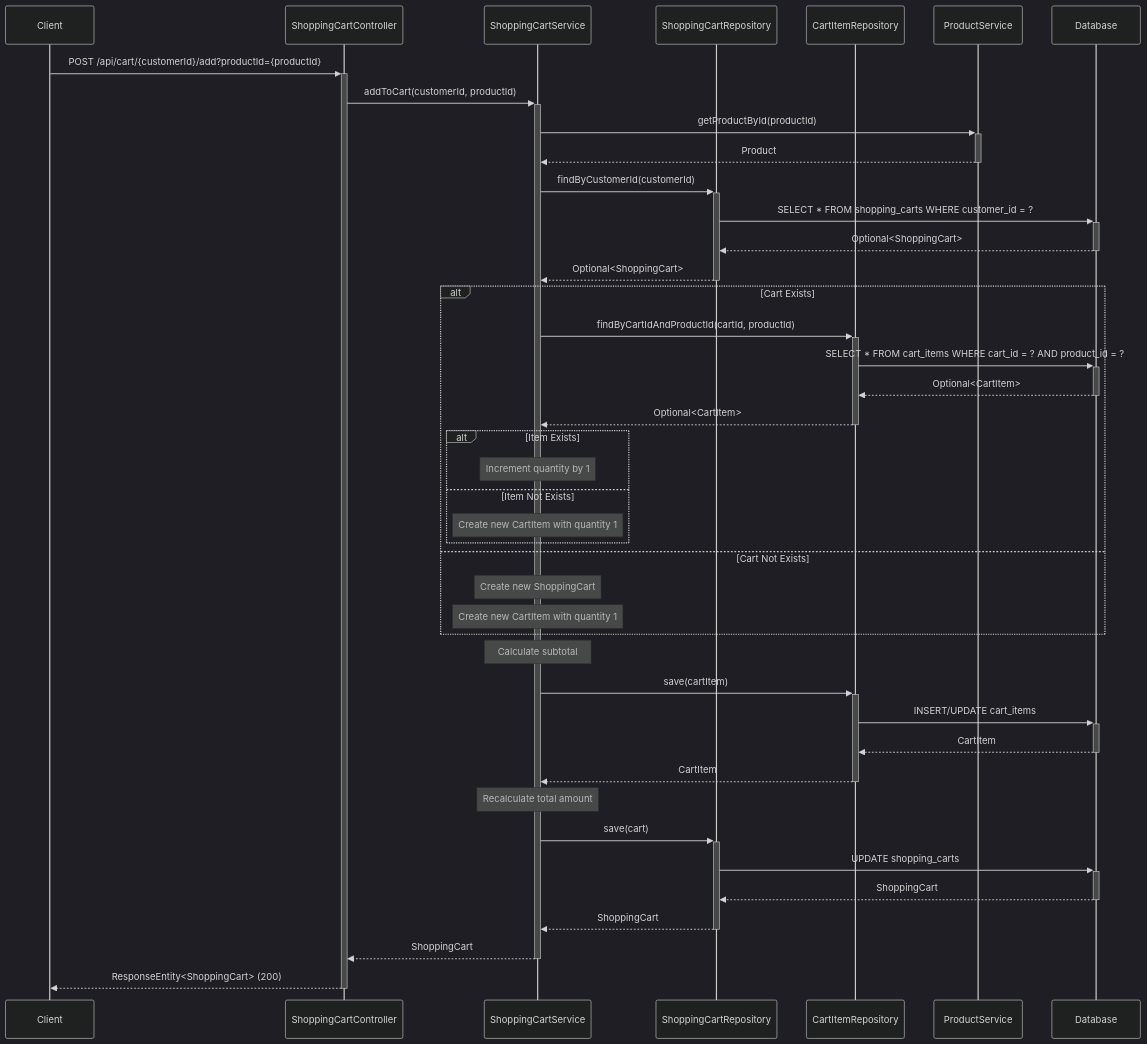
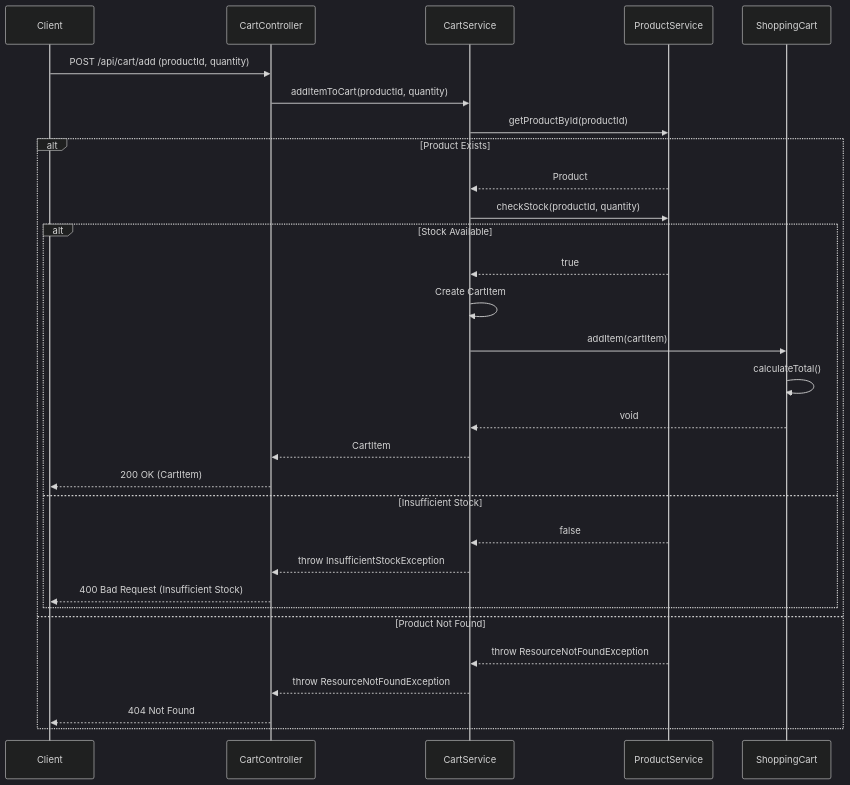
One commit to NavneetBN47/aava-ecom-demo changed the tenth of 13 diagrams in docs/LLD/lld.md. Above: the diagram before and after it, drawn with Mermaid (dark theme). The commit also changed other lines of this file, not shown here.

````diff
--- a/docs/LLD/lld.md
+++ b/docs/LLD/lld.md
@@ -386,52 +391,35 @@
 ```mermaid
 sequenceDiagram
     participant Client
-    participant ShoppingCartController
-    participant ShoppingCartService
-    participant ShoppingCartRepository
-    participant CartItemRepository
+    participant CartController
+    participant CartService
     participant ProductService
-    participant Database
+    participant ShoppingCart
+
+    Client->>CartController: POST /api/cart/add (productId, quantity)
+    CartController->>CartService: addItemToCart(productId, quantity)
+    CartService->>ProductService: getProductById(productId)
     
-    Client->>+ShoppingCartController: POST /api/cart/{customerId}/add?productId={productId}
-    ShoppingCartController->>+ShoppingCartService: addToCart(customerId, productId)
-    
-    ShoppingCartService->>+ProductService: getProductById(productId)
-    ProductService-->>-ShoppingCartService: Product
-    
-    ShoppingCartService->>+ShoppingCartRepository: findByCustomerId(customerId)
-    ShoppingCartRepository->>+Database: SELECT * FROM shopping_carts WHERE customer_id = ?
-    Database-->>-ShoppingCartRepository: Optional<ShoppingCart>
-    ShoppingCartRepository-->>-ShoppingCartService: Optional<ShoppingCart>
-    
-    alt Cart Exists
-        ShoppingCartService->>+CartItemRepository: findByCartIdAndProductId(cartId, productId)
-        CartItemRepository->>+Database: SELECT * FROM cart_items WHERE cart_id = ? AND product_id = ?
-        Database-->>-CartItemRepository: Optional<CartItem>
-        CartItemRepository-->>-ShoppingCartService: Optional<CartItem>
+    alt Product Exists
+        ProductService-->>CartService: Product
+        CartService->>ProductService: checkStock(productId, quantity)
         
-        alt Item Exists
-            Note over ShoppingCartService: Increment quantity by 1
-        else Item Not Exists
-            Note over ShoppingCartService: Create new CartItem with quantity 1
+        alt Stock Available
+            ProductService-->>CartService: true
+            CartService->>CartService: Create CartItem
+            CartService->>ShoppingCart: addItem(cartItem)
+            ShoppingCart->>ShoppingCart: calculateTotal()
+            ShoppingCart-->>CartService: void
+            CartService-->>CartController: CartItem
+            CartController-->>Client: 200 OK (CartItem)
+        else Insufficient Stock
+            ProductService-->>CartService: false
+            CartService-->>CartController: throw InsufficientStockException
+            CartController-->>Client: 400 Bad Request (Insufficient Stock)
         end
-    else Cart Not Exists
-        Note over ShoppingCartService: Create new ShoppingCart
-        Note over ShoppingCartService: Create new CartItem with quantity 1
+    else Product Not Found
+        ProductService-->>CartService: throw ResourceNotFoundException
+        CartService-->>CartController: throw ResourceNotFoundException
+        CartController-->>Client: 404 Not Found
     end
-    
-    Note over ShoppingCartService: Calculate subtotal
-    ShoppingCartService->>+CartItemRepository: save(cartItem)
-    CartItemRepository->>+Database: INSERT/UPDATE cart_items
-    Database-->>-CartItemRepository: CartItem
-    CartItemRepository-->>-ShoppingCartService: CartItem
-    
-    Note over ShoppingCartService: Recalculate total amount
-    ShoppingCartService->>+ShoppingCartRepository: save(cart)
-    ShoppingCartRepository->>+Database: UPDATE shopping_carts
-    Database-->>-ShoppingCartRepository: ShoppingCart
-    ShoppingCartRepository-->>-ShoppingCartService: ShoppingCart
-    
-    ShoppingCartService-->>-ShoppingCartController: ShoppingCart
-    ShoppingCartController-->>-Client: ResponseEntity<ShoppingCart> (200)
 ```
````
